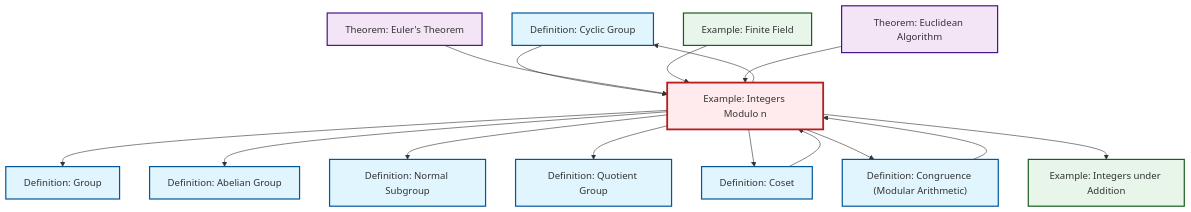
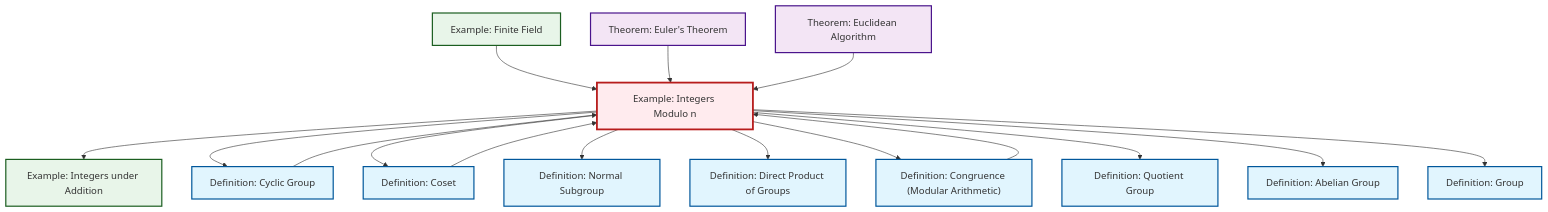
One commit to RK0429/ModernMath changed the diagram in content/en/algebra/ex-quotient-integers-mod-n.qmd. Above: the diagram before and after it, drawn with Mermaid. The commit also changed other lines of this file and 360 other files, not shown here.

````diff
--- a/content/en/algebra/ex-quotient-integers-mod-n.qmd
+++ b/content/en/algebra/ex-quotient-integers-mod-n.qmd
@@ -121,47 +133,50 @@
 ```{mermaid}
 %%| fig-cap: "Local dependency graph"
 graph TD
     classDef definition fill:#e1f5fe,stroke:#01579b,stroke-width:2px
     classDef theorem fill:#f3e5f5,stroke:#4a148c,stroke-width:2px
     classDef axiom fill:#fff3e0,stroke:#e65100,stroke-width:2px
     classDef example fill:#e8f5e9,stroke:#1b5e20,stroke-width:2px
     classDef current fill:#ffebee,stroke:#b71c1c,stroke-width:3px
+    def-normal-subgroup["Definition: Normal Subgroup"]:::definition
+    def-quotient-group["Definition: Quotient Group"]:::definition
+    thm-euler["Theorem: Euler's Theorem"]:::theorem
     def-abelian-group["Definition: Abelian Group"]:::definition
+    ex-integers-addition["Example: Integers under Addition"]:::example
+    ex-quotient-integers-mod-n["Example: Integers Modulo n"]:::example
+    def-coset["Definition: Coset"]:::definition
+    ex-finite-field["Example: Finite Field"]:::example
+    def-congruence["Definition: Congruence (Modular Arithmetic)"]:::definition
     def-cyclic-group["Definition: Cyclic Group"]:::definition
-    def-normal-subgroup["Definition: Normal Subgroup"]:::definition
-    ex-finite-field["Example: Finite Field"]:::example
-    thm-euler["Theorem: Euler's Theorem"]:::theorem
+    def-direct-product["Definition: Direct Product of Groups"]:::definition
+    def-group["Definition: Group"]:::definition
     thm-euclidean-algorithm["Theorem: Euclidean Algorithm"]:::theorem
-    def-coset["Definition: Coset"]:::definition
-    def-group["Definition: Group"]:::definition
-    ex-integers-addition["Example: Integers under Addition"]:::example
-    def-quotient-group["Definition: Quotient Group"]:::definition
-    def-congruence["Definition: Congruence (Modular Arithmetic)"]:::definition
-    ex-quotient-integers-mod-n["Example: Integers Modulo n"]:::example
-    ex-quotient-integers-mod-n --> def-group
+    ex-quotient-integers-mod-n --> ex-integers-addition
+    def-congruence --> ex-quotient-integers-mod-n
     ex-quotient-integers-mod-n --> def-cyclic-group
-    ex-quotient-integers-mod-n --> def-abelian-group
+    ex-quotient-integers-mod-n --> def-coset
     ex-quotient-integers-mod-n --> def-normal-subgroup
-    ex-quotient-integers-mod-n --> def-quotient-group
     def-cyclic-group --> ex-quotient-integers-mod-n
-    ex-quotient-integers-mod-n --> def-coset
-    ex-quotient-integers-mod-n --> def-congruence
+    ex-quotient-integers-mod-n --> def-direct-product
+    ex-finite-field --> ex-quotient-integers-mod-n
     thm-euler --> ex-quotient-integers-mod-n
-    ex-finite-field --> ex-quotient-integers-mod-n
     thm-euclidean-algorithm --> ex-quotient-integers-mod-n
     def-coset --> ex-quotient-integers-mod-n
-    def-congruence --> ex-quotient-integers-mod-n
-    ex-quotient-integers-mod-n --> ex-integers-addition
+    ex-quotient-integers-mod-n --> def-congruence
+    ex-quotient-integers-mod-n --> def-quotient-group
+    ex-quotient-integers-mod-n --> def-abelian-group
+    ex-quotient-integers-mod-n --> def-group
     class ex-quotient-integers-mod-n current
+    click def-normal-subgroup "def-normal-subgroup.html" "Go to Normal Subgroup definition"
+    click def-quotient-group "def-quotient-group.html" "Go to Quotient Group definition"
+    click thm-euler "thm-euler.html" "Go to Euler's Theorem theorem"
     click def-abelian-group "def-abelian-group.html" "Go to Abelian Group definition"
+    click ex-integers-addition "ex-integers-addition.html" "Go to Integers under Addition example"
+    click def-coset "def-coset.html" "Go to Coset definition"
+    click ex-finite-field "ex-finite-field.html" "Go to Finite Field example"
+    click def-congruence "def-congruence.html" "Go to Congruence (Modular Arithmetic) definition"
     click def-cyclic-group "def-cyclic-group.html" "Go to Cyclic Group definition"
-    click def-normal-subgroup "def-normal-subgroup.html" "Go to Normal Subgroup definition"
-    click ex-finite-field "ex-finite-field.html" "Go to Finite Field example"
-    click thm-euler "thm-euler.html" "Go to Euler's Theorem theorem"
+    click def-direct-product "def-direct-product.html" "Go to Direct Product of Groups definition"
+    click def-group "def-group.html" "Go to Group definition"
     click thm-euclidean-algorithm "thm-euclidean-algorithm.html" "Go to Euclidean Algorithm theorem"
-    click def-coset "def-coset.html" "Go to Coset definition"
-    click def-group "def-group.html" "Go to Group definition"
-    click ex-integers-addition "ex-integers-addition.html" "Go to Integers under Addition example"
-    click def-quotient-group "def-quotient-group.html" "Go to Quotient Group definition"
-    click def-congruence "def-congruence.html" "Go to Congruence (Modular Arithmetic) definition"
 ```
````
